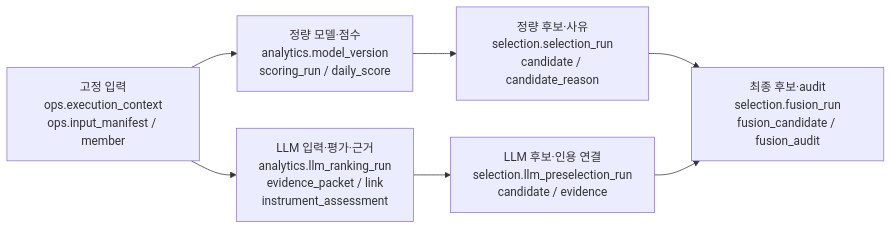
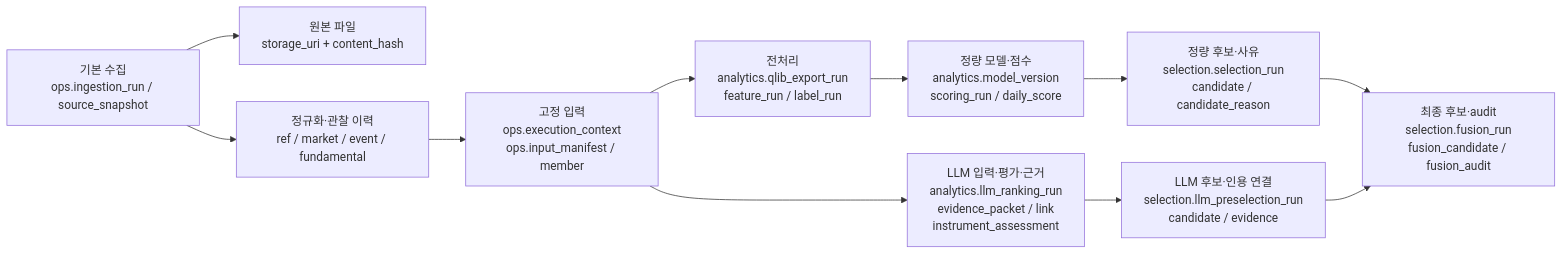
One commit to brjeong-private/sp500-candidate-engine changed the first of 7 diagrams in SELECTION-DATABASE-ER.md. Above: the diagram before and after it, drawn with Mermaid. The commit also changed other lines of this file and 49 other files, not shown here.

````diff
--- a/SELECTION-DATABASE-ER.md
+++ b/SELECTION-DATABASE-ER.md
@@ -9,11 +12,17 @@
 ```mermaid
 flowchart LR
+    Collect["기본 수집<br/>ops.ingestion_run / source_snapshot"]
+    Raw["원본 파일<br/>storage_uri + content_hash"]
+    Normalize["정규화·관찰 이력<br/>ref / market / event / fundamental"]
     Input["고정 입력<br/>ops.execution_context<br/>ops.input_manifest / member"]
+    Prepare["전처리<br/>analytics.qlib_export_run<br/>feature_run / label_run"]
     Quant["정량 모델·점수<br/>analytics.model_version<br/>scoring_run / daily_score"]
     QResult["정량 후보·사유<br/>selection.selection_run<br/>candidate / candidate_reason"]
     LLM["LLM 입력·평가·근거<br/>analytics.llm_ranking_run<br/>evidence_packet / link<br/>instrument_assessment"]
     LResult["LLM 후보·인용 연결<br/>selection.llm_preselection_run<br/>candidate / evidence"]
     Fusion["최종 후보·audit<br/>selection.fusion_run<br/>fusion_candidate / fusion_audit"]
-    Input --> Quant --> QResult --> Fusion
+    Collect --> Raw
+    Collect --> Normalize --> Input
+    Input --> Prepare --> Quant --> QResult --> Fusion
     Input --> LLM --> LResult --> Fusion
 ```
````
